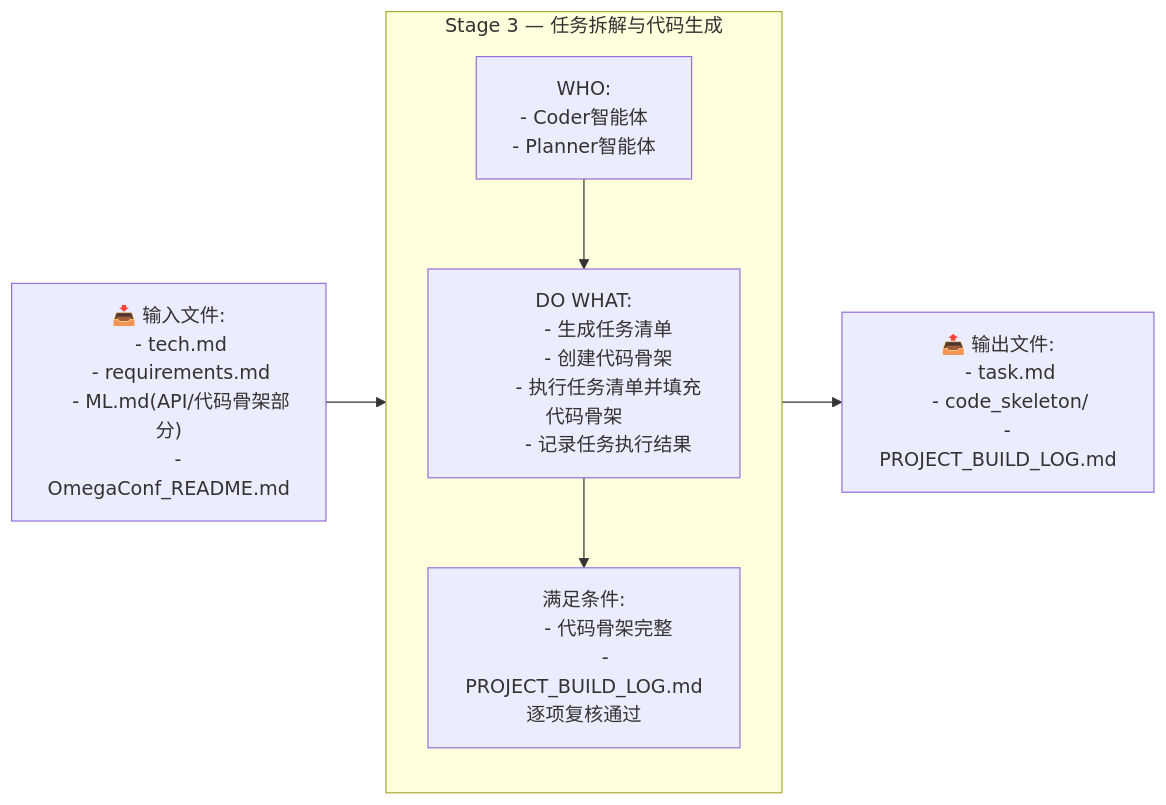
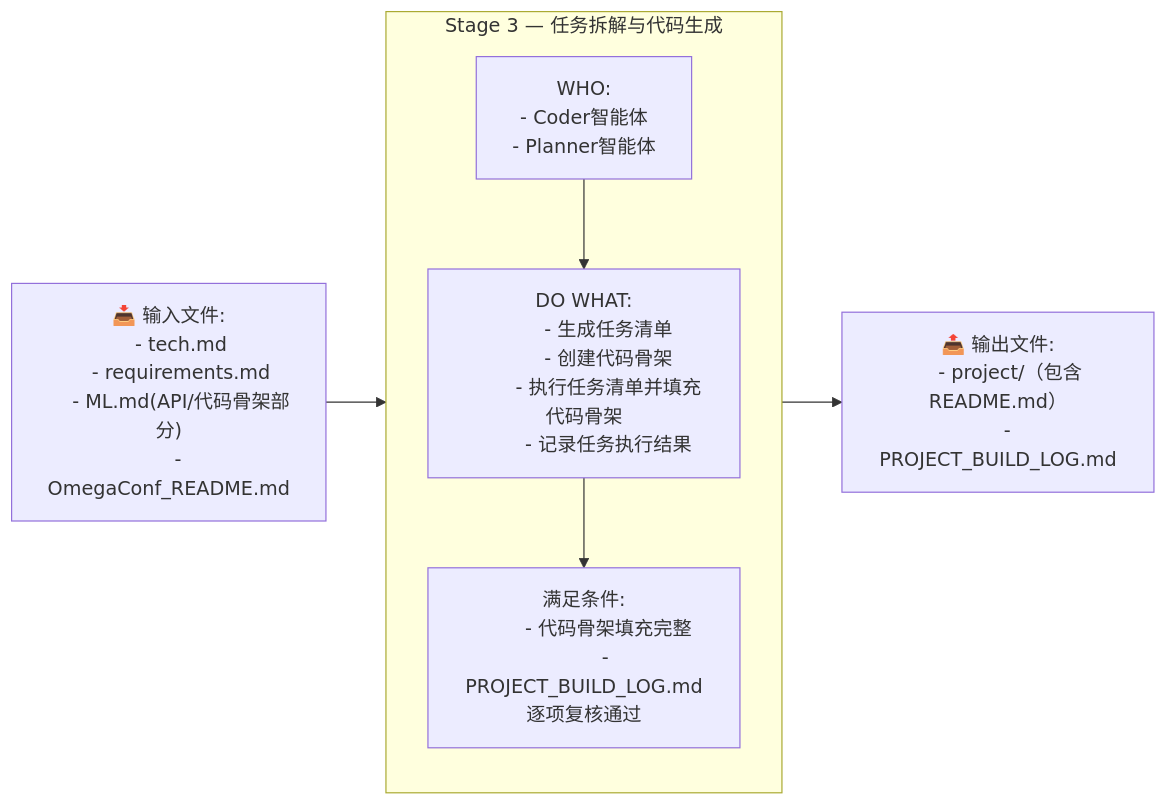
Before and after one commit to ouyangshixiong/context-engineering-zh: the fourth of 17 diagrams in README.md, drawn with Mermaid. The commit also changed other lines of this file, not shown here.

````diff
--- a/README.md
+++ b/README.md
@@ -199,35 +204,34 @@
 ```mermaid
 flowchart LR
     %% ================= Stage 3 =================
     I3["📥 输入文件:
     - tech.md
     - requirements.md
     - ML.md(API/代码骨架部分)
     - OmegaConf_README.md"]
 
     O3["📤 输出文件:
-    - task.md
-    - code_skeleton/
+    - project/（包含README.md）
     - PROJECT_BUILD_LOG.md"]
 
     subgraph S3["Stage 3 — 任务拆解与代码生成"]
         direction TB
         W3["WHO:
         - Coder智能体
         - Planner智能体"]
 
         A3["DO WHAT:
         - 生成任务清单
         - 创建代码骨架
         - 执行任务清单并填充代码骨架
         - 记录任务执行结果"]
 
         V3["满足条件:
-        - 代码骨架完整
+        - 代码骨架填充完整
         - PROJECT_BUILD_LOG.md逐项复核通过"]
 
         W3 --> A3 --> V3
     end
 
     I3 --> S3 --> O3
 ```
````
